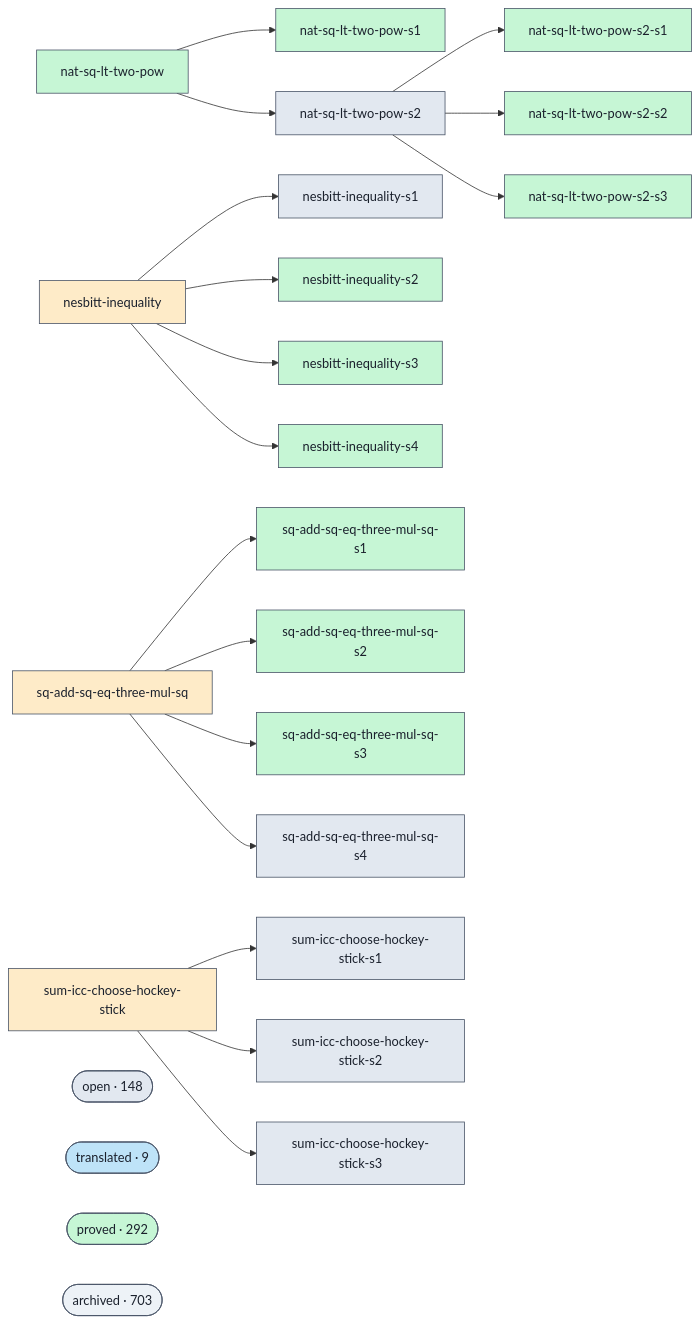
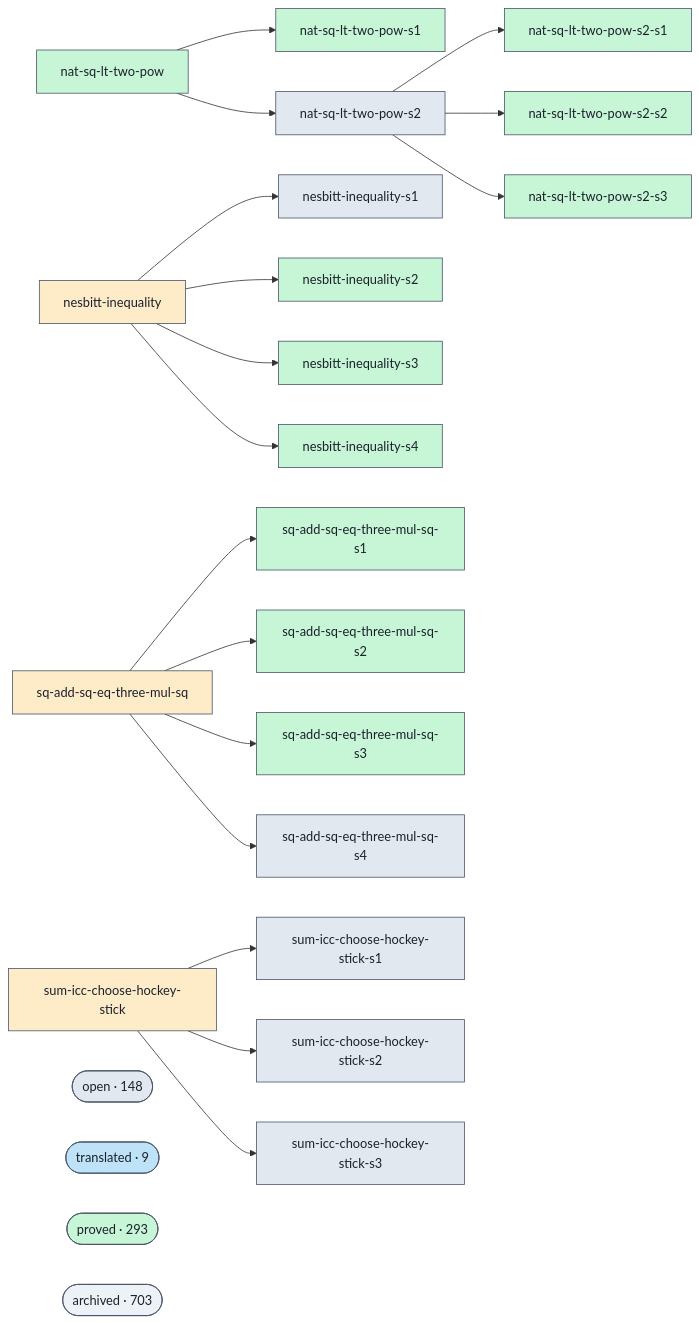
One commit to ohdearquant/unsorry changed the diagram in docs/proofs-contributors-visualisation.md. Above: the diagram before and after it, drawn with Mermaid. The commit also changed other lines of this file and 2 other files, not shown here.

```diff
--- a/docs/proofs-contributors-visualisation.md
+++ b/docs/proofs-contributors-visualisation.md
@@ -102,7 +102,7 @@
   class cluster_open open;
   cluster_translated(["translated · 9"])
   class cluster_translated translated;
-  cluster_proved(["proved · 292"])
+  cluster_proved(["proved · 293"])
   class cluster_proved proved;
   cluster_archived(["archived · 703"])
   class cluster_archived unknown;
```
